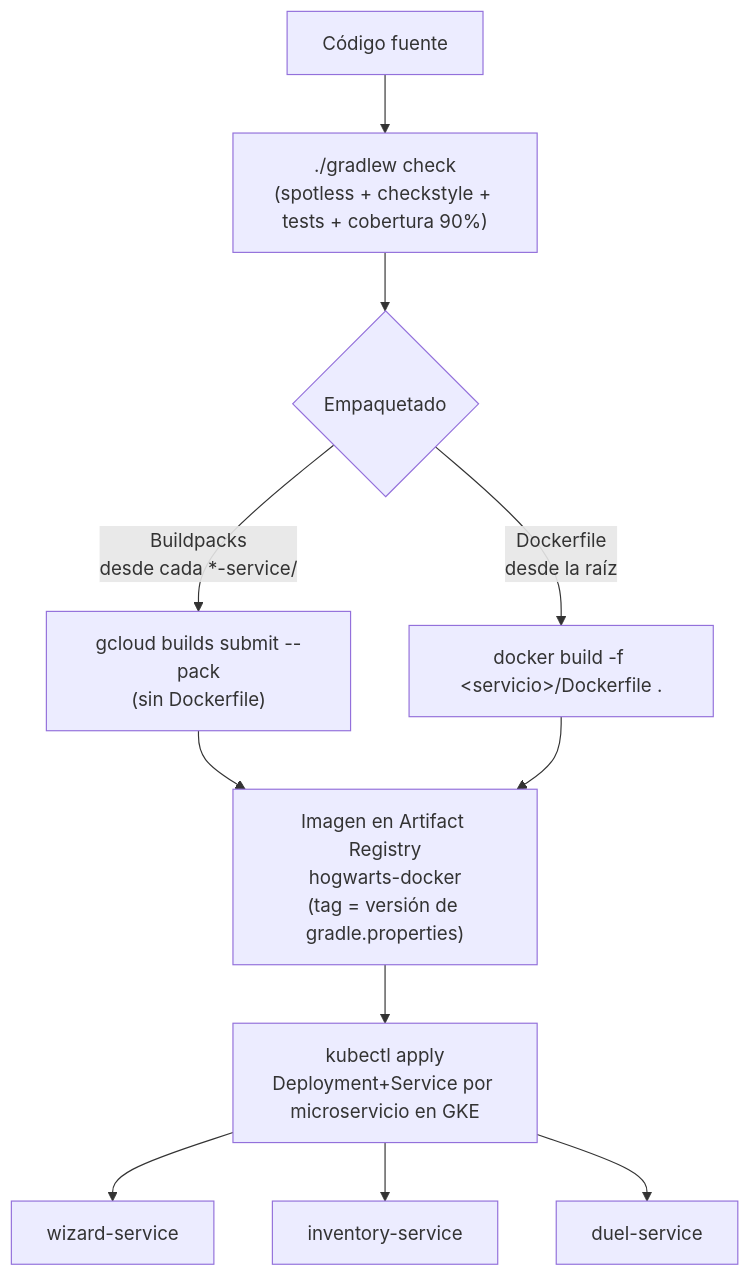
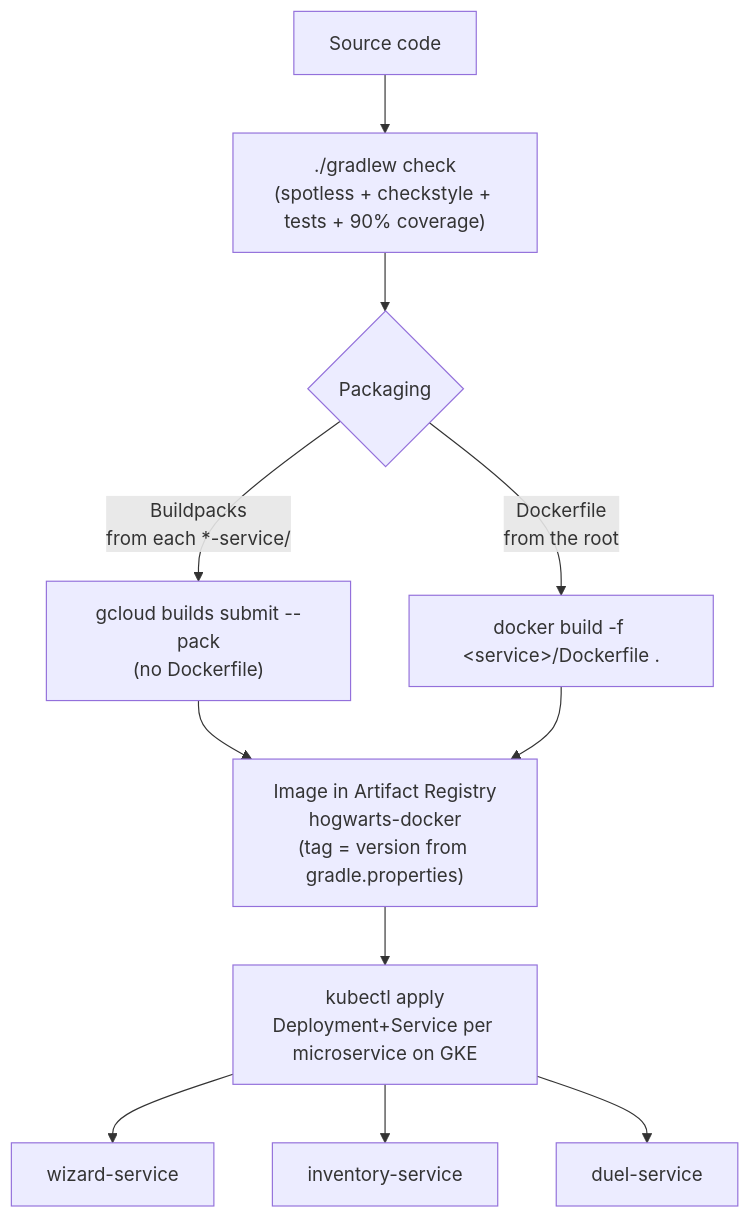
The diagram in BUILD_DEPLOY_DOCS/README.md (aabse/hogwarts-backend), drawn with Mermaid before and after one commit. The commit also changed other lines of this file and 15 other files, not shown here.

First line of the commit message:
docs: translate build docs and root documents to English

````diff
--- a/BUILD_DEPLOY_DOCS/README.md
+++ b/BUILD_DEPLOY_DOCS/README.md
@@ -113,13 +113,13 @@
 ```mermaid
 flowchart TD
-    A[Código fuente] --> B["./gradlew check<br/>(spotless + checkstyle + tests + cobertura 90%)"]
-    B --> C{Empaquetado}
-    C -->|Buildpacks<br/>desde cada *-service/| D["gcloud builds submit --pack<br/>(sin Dockerfile)"]
-    C -->|Dockerfile<br/>desde la raíz| E["docker build -f &lt;servicio&gt;/Dockerfile ."]
-    D --> F["Imagen en Artifact Registry<br/>hogwarts-docker<br/>(tag = versión de gradle.properties)"]
+    A[Source code] --> B["./gradlew check<br/>(spotless + checkstyle + tests + 90% coverage)"]
+    B --> C{Packaging}
+    C -->|Buildpacks<br/>from each *-service/| D["gcloud builds submit --pack<br/>(no Dockerfile)"]
+    C -->|Dockerfile<br/>from the root| E["docker build -f &lt;service&gt;/Dockerfile ."]
+    D --> F["Image in Artifact Registry<br/>hogwarts-docker<br/>(tag = version from gradle.properties)"]
     E --> F
-    F --> G["kubectl apply<br/>Deployment+Service por microservicio en GKE"]
+    F --> G["kubectl apply<br/>Deployment+Service per microservice on GKE"]
     G --> H[wizard-service]
     G --> I[inventory-service]
     G --> J[duel-service]
 ```
````
